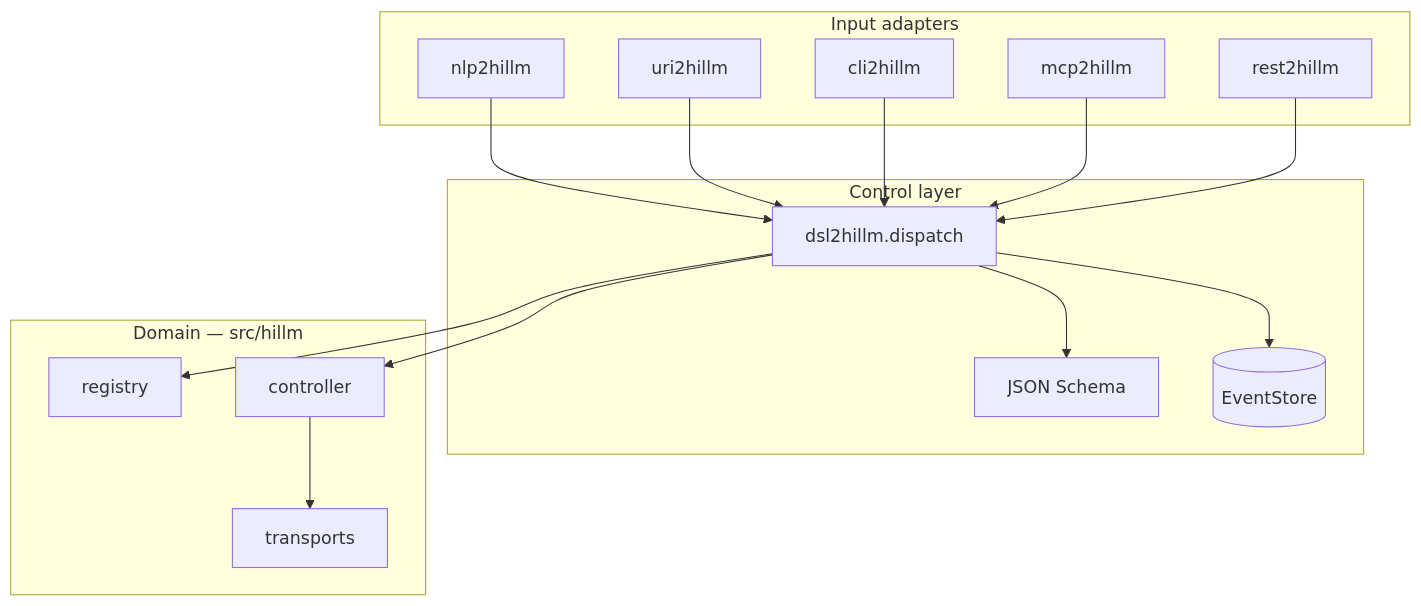
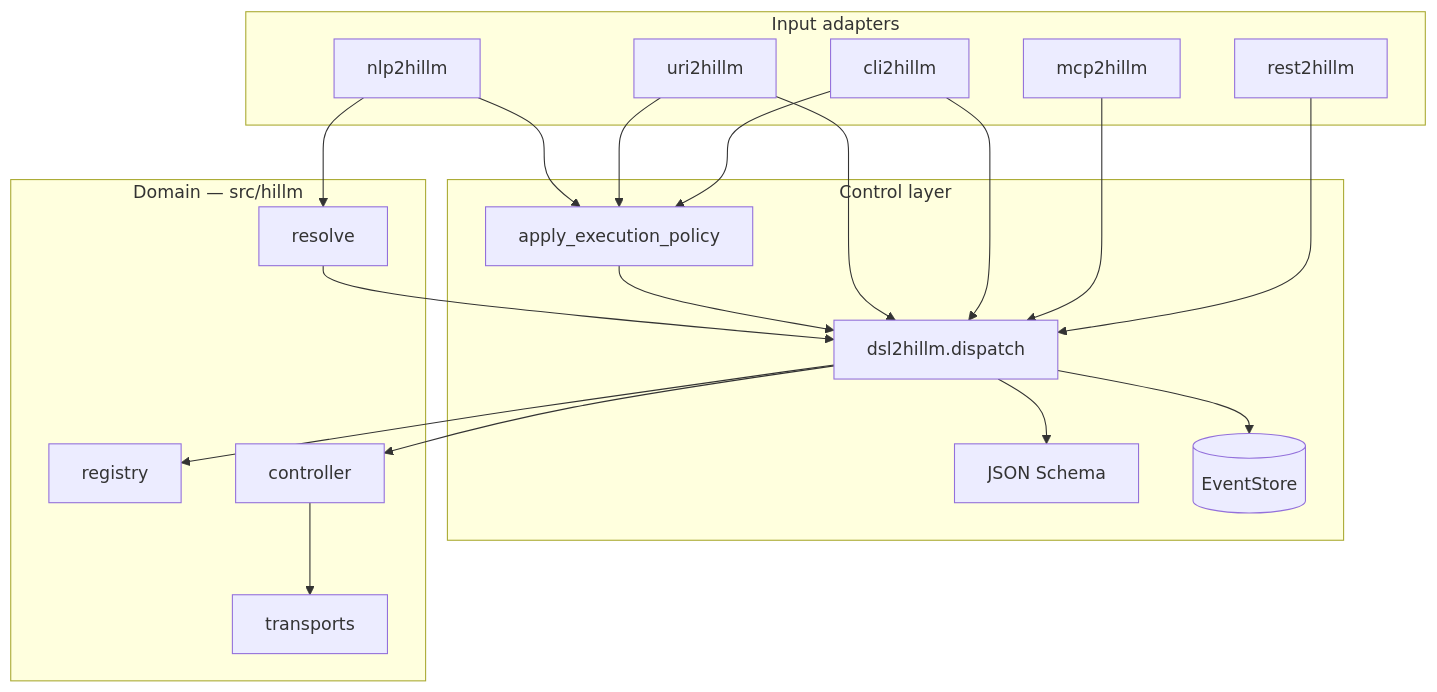
One commit to semcod/hillm changed the diagram in docs/control-layer.md. Above: the diagram before and after it, drawn with Mermaid. The commit also changed other lines of this file and 69 other files, not shown here.

````diff
--- a/docs/control-layer.md
+++ b/docs/control-layer.md
@@ -96,33 +125,40 @@
 ```mermaid
 flowchart TB
   subgraph adapters [Input adapters]
     NL[nlp2hillm]
     URI[uri2hillm]
     CLI[cli2hillm]
     MCP[mcp2hillm]
     REST[rest2hillm]
   end
 
   subgraph control [Control layer]
     DSL[dsl2hillm.dispatch]
+    POL[apply_execution_policy]
     SCH[JSON Schema]
     ES[(EventStore)]
   end
 
   subgraph domain [Domain — src/hillm]
+    RES[resolve]
     REG[registry]
     CTL[controller]
     TR[transports]
   end
 
-  NL --> DSL
+  NL --> RES
+  RES --> DSL
+  NL --> POL
+  URI --> POL
+  CLI --> POL
+  POL --> DSL
   URI --> DSL
   CLI --> DSL
   MCP --> DSL
   REST --> DSL
   DSL --> SCH
   DSL --> REG
   DSL --> CTL
   CTL --> TR
   DSL --> ES
 ```
````
